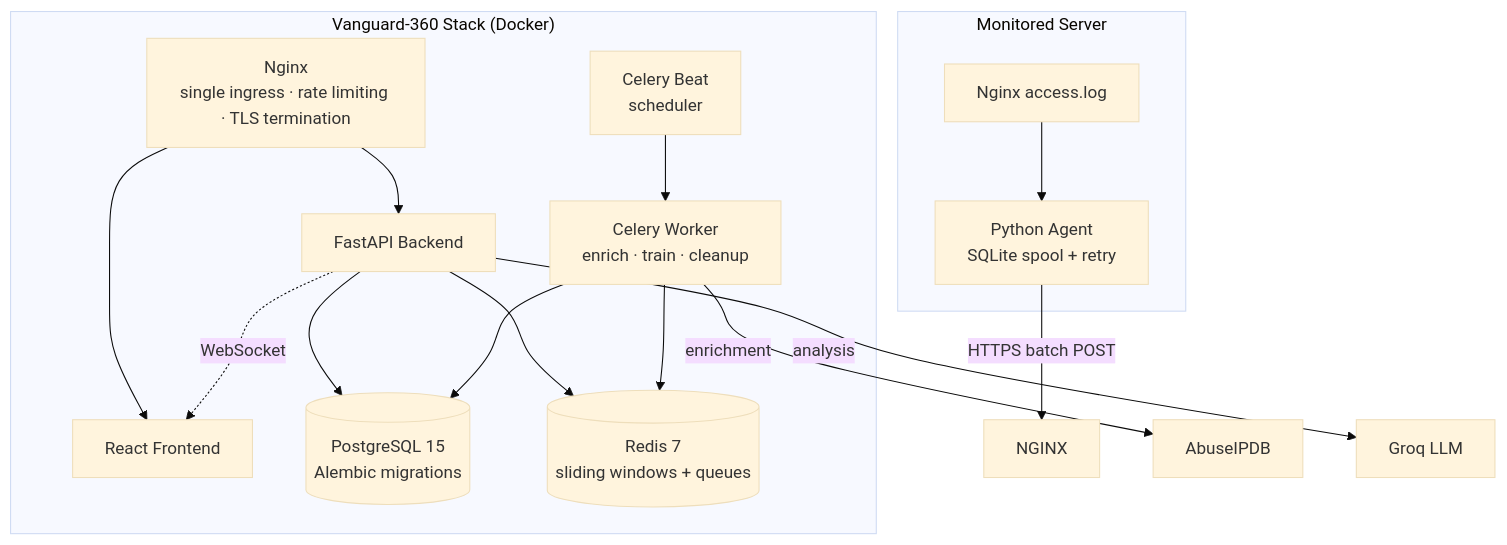
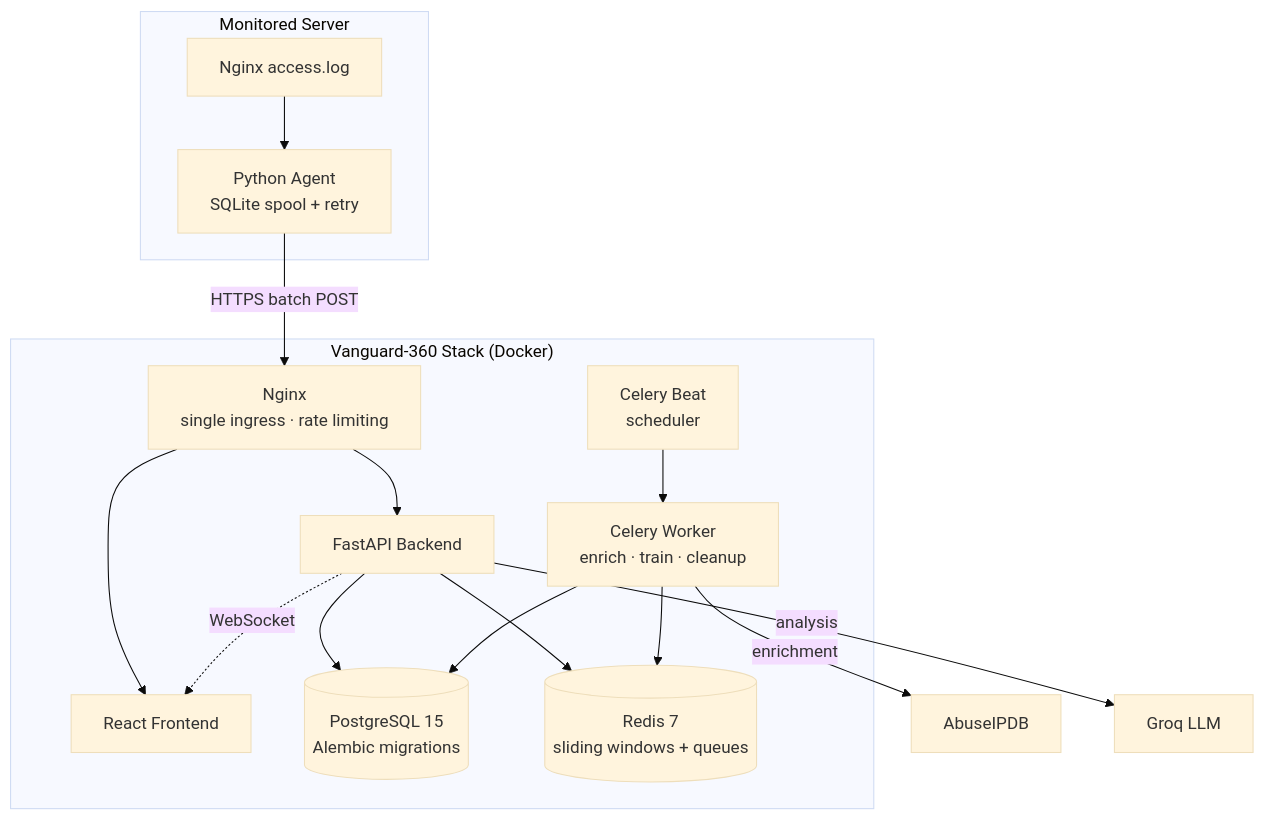
Before and after one commit to sakawatkabir13/Real-time-cyber-attack-monitoring-and-threat-intelligence-platform: the diagram in README.md, drawn with Mermaid (base theme). The commit also changed other lines of this file, not shown here.

````diff
--- a/README.md
+++ b/README.md
@@ -78,23 +97,23 @@
 ```mermaid
 flowchart TD
     subgraph Monitored["Monitored Server"]
         LOG[Nginx access.log] --> AGENT[Python Agent<br/>SQLite spool + retry]
     end
 
-    AGENT -->|HTTPS batch POST| NGINX
+    AGENT -->|HTTPS batch POST| NGINX2
 
     subgraph Vanguard["Vanguard-360 Stack (Docker)"]
-        NGINX2[Nginx<br/>single ingress · rate limiting · TLS termination]
+        NGINX2[Nginx<br/>single ingress · rate limiting]
         NGINX2 --> FE[React Frontend]
         NGINX2 --> API[FastAPI Backend]
         API --> PG[(PostgreSQL 15<br/>Alembic migrations)]
         API --> RD[(Redis 7<br/>sliding windows + queues)]
         API -.WebSocket.-> FE
         WORKER[Celery Worker<br/>enrich · train · cleanup] --> RD
         WORKER --> PG
         BEAT[Celery Beat<br/>scheduler] --> WORKER
     end
 
     WORKER -->|enrichment| ABUSE[AbuseIPDB]
     API -->|analysis| GROQ[Groq LLM]
 ```
````
